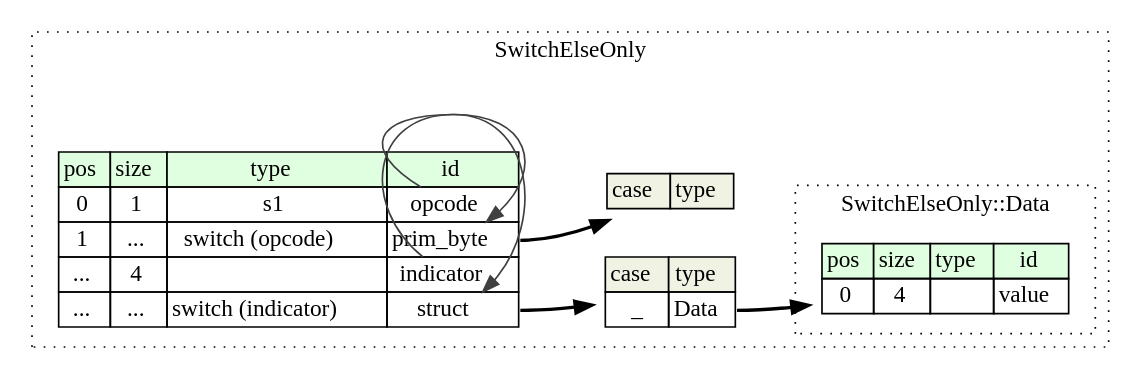
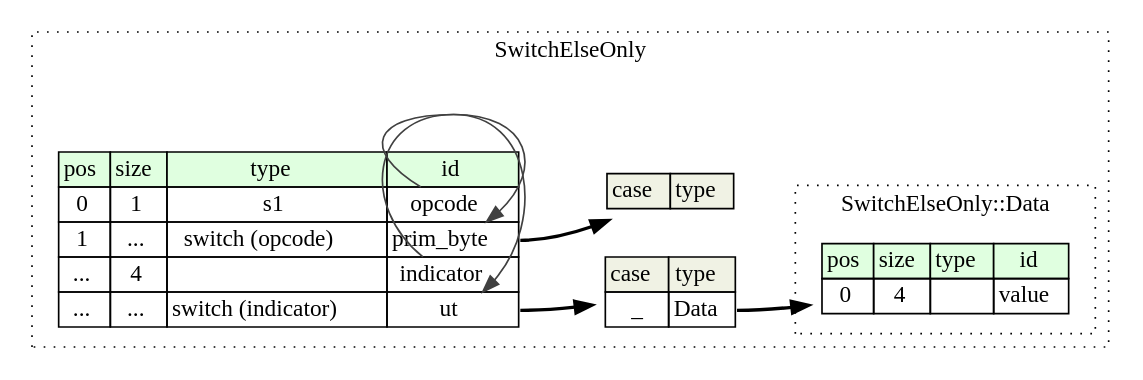
The diagram in compiled/graphviz/switch_else_only.dot (kaitai-io/ci_targets), drawn with Graphviz before and after one commit. The commit also changed 252 other files, not shown here.

```diff
--- a/compiled/graphviz/switch_else_only.dot
+++ b/compiled/graphviz/switch_else_only.dot
@@ -1,37 +1,37 @@
 digraph {
 	rankdir=LR;
 	node [shape=plaintext];
 	subgraph cluster__switch_else_only {
 		label="SwitchElseOnly";
 		graph[style=dotted];
 
 		switch_else_only__seq [label=<<TABLE BORDER="0" CELLBORDER="1" CELLSPACING="0">
 			<TR><TD BGCOLOR="#E0FFE0">pos</TD><TD BGCOLOR="#E0FFE0">size</TD><TD BGCOLOR="#E0FFE0">type</TD><TD BGCOLOR="#E0FFE0">id</TD></TR>
 			<TR><TD PORT="opcode_pos">0</TD><TD PORT="opcode_size">1</TD><TD>s1</TD><TD PORT="opcode_type">opcode</TD></TR>
 			<TR><TD PORT="prim_byte_pos">1</TD><TD PORT="prim_byte_size">...</TD><TD>switch (opcode)</TD><TD PORT="prim_byte_type">prim_byte</TD></TR>
 			<TR><TD PORT="indicator_pos">...</TD><TD PORT="indicator_size">4</TD><TD></TD><TD PORT="indicator_type">indicator</TD></TR>
-			<TR><TD PORT="struct_pos">...</TD><TD PORT="struct_size">...</TD><TD>switch (indicator)</TD><TD PORT="struct_type">struct</TD></TR>
+			<TR><TD PORT="ut_pos">...</TD><TD PORT="ut_size">...</TD><TD>switch (indicator)</TD><TD PORT="ut_type">ut</TD></TR>
 		</TABLE>>];
 switch_else_only__seq_prim_byte_switch [label=<<TABLE BORDER="0" CELLBORDER="1" CELLSPACING="0">
 	<TR><TD BGCOLOR="#F0F2E4">case</TD><TD BGCOLOR="#F0F2E4">type</TD></TR>
 </TABLE>>];
-switch_else_only__seq_struct_switch [label=<<TABLE BORDER="0" CELLBORDER="1" CELLSPACING="0">
+switch_else_only__seq_ut_switch [label=<<TABLE BORDER="0" CELLBORDER="1" CELLSPACING="0">
 	<TR><TD BGCOLOR="#F0F2E4">case</TD><TD BGCOLOR="#F0F2E4">type</TD></TR>
 	<TR><TD>_</TD><TD PORT="case0">Data</TD></TR>
 </TABLE>>];
 		subgraph cluster__data {
 			label="SwitchElseOnly::Data";
 			graph[style=dotted];
 
 			data__seq [label=<<TABLE BORDER="0" CELLBORDER="1" CELLSPACING="0">
 				<TR><TD BGCOLOR="#E0FFE0">pos</TD><TD BGCOLOR="#E0FFE0">size</TD><TD BGCOLOR="#E0FFE0">type</TD><TD BGCOLOR="#E0FFE0">id</TD></TR>
 				<TR><TD PORT="value_pos">0</TD><TD PORT="value_size">4</TD><TD></TD><TD PORT="value_type">value</TD></TR>
 			</TABLE>>];
 		}
 	}
 	switch_else_only__seq:prim_byte_type -> switch_else_only__seq_prim_byte_switch [style=bold];
 	switch_else_only__seq:opcode_type -> switch_else_only__seq:prim_byte_type [color="#404040"];
-	switch_else_only__seq:struct_type -> switch_else_only__seq_struct_switch [style=bold];
-	switch_else_only__seq_struct_switch:case0 -> data__seq [style=bold];
-	switch_else_only__seq:indicator_type -> switch_else_only__seq:struct_type [color="#404040"];
+	switch_else_only__seq:ut_type -> switch_else_only__seq_ut_switch [style=bold];
+	switch_else_only__seq_ut_switch:case0 -> data__seq [style=bold];
+	switch_else_only__seq:indicator_type -> switch_else_only__seq:ut_type [color="#404040"];
 }
```
